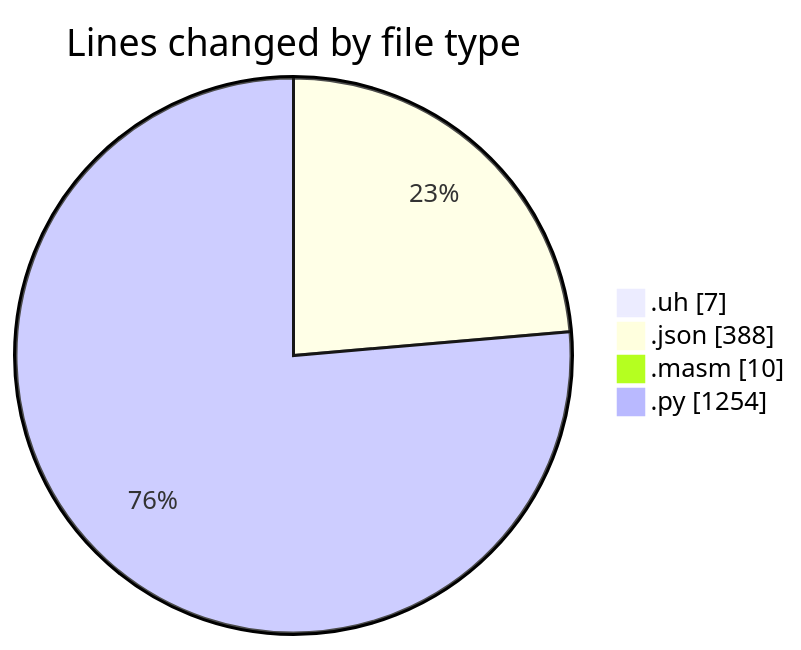
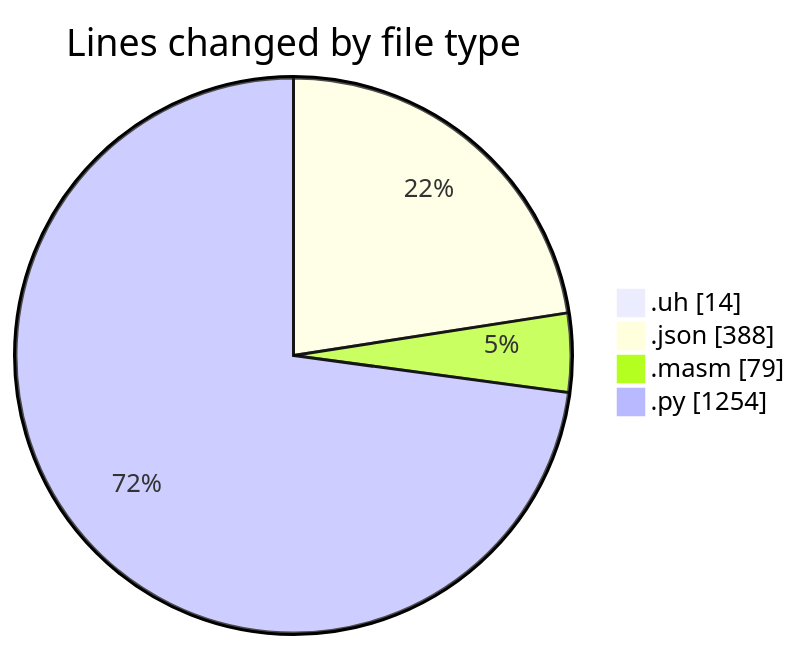
Before and after one commit to charlie-sans/code-tracking: the first of 2 diagrams in 2025-04-30/uhigh-lang/README.md, drawn with Mermaid. The commit also changed other lines of this file and 1 other file, not shown here.

````diff
--- a/2025-04-30/uhigh-lang/README.md
+++ b/2025-04-30/uhigh-lang/README.md
@@ -25,8 +25,8 @@
 ```mermaid
 pie showData
 title Lines changed by file type
-".uh" : 7
+".uh" : 14
 ".json" : 388
-".masm" : 10
+".masm" : 79
 ".py" : 1254
 ```
````
